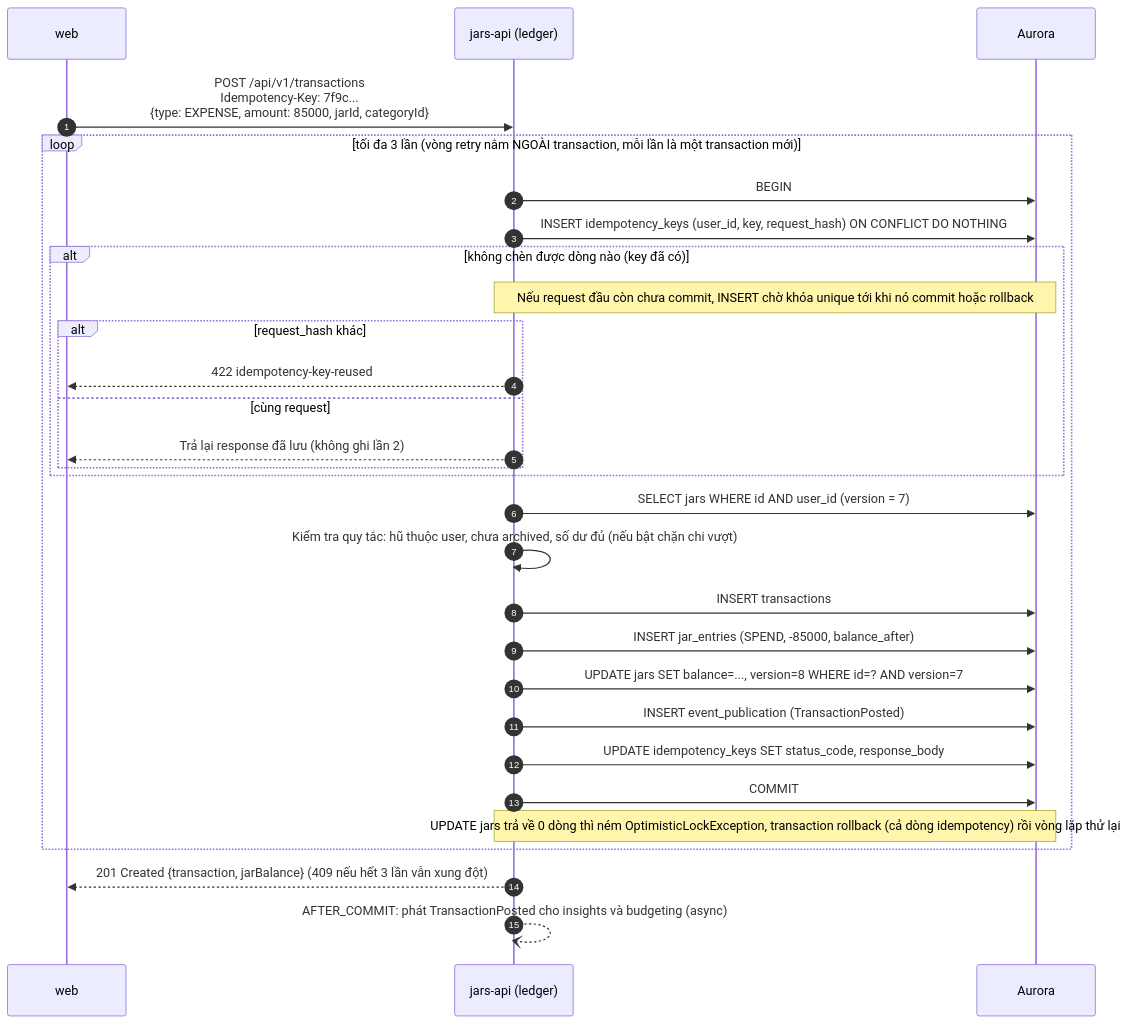
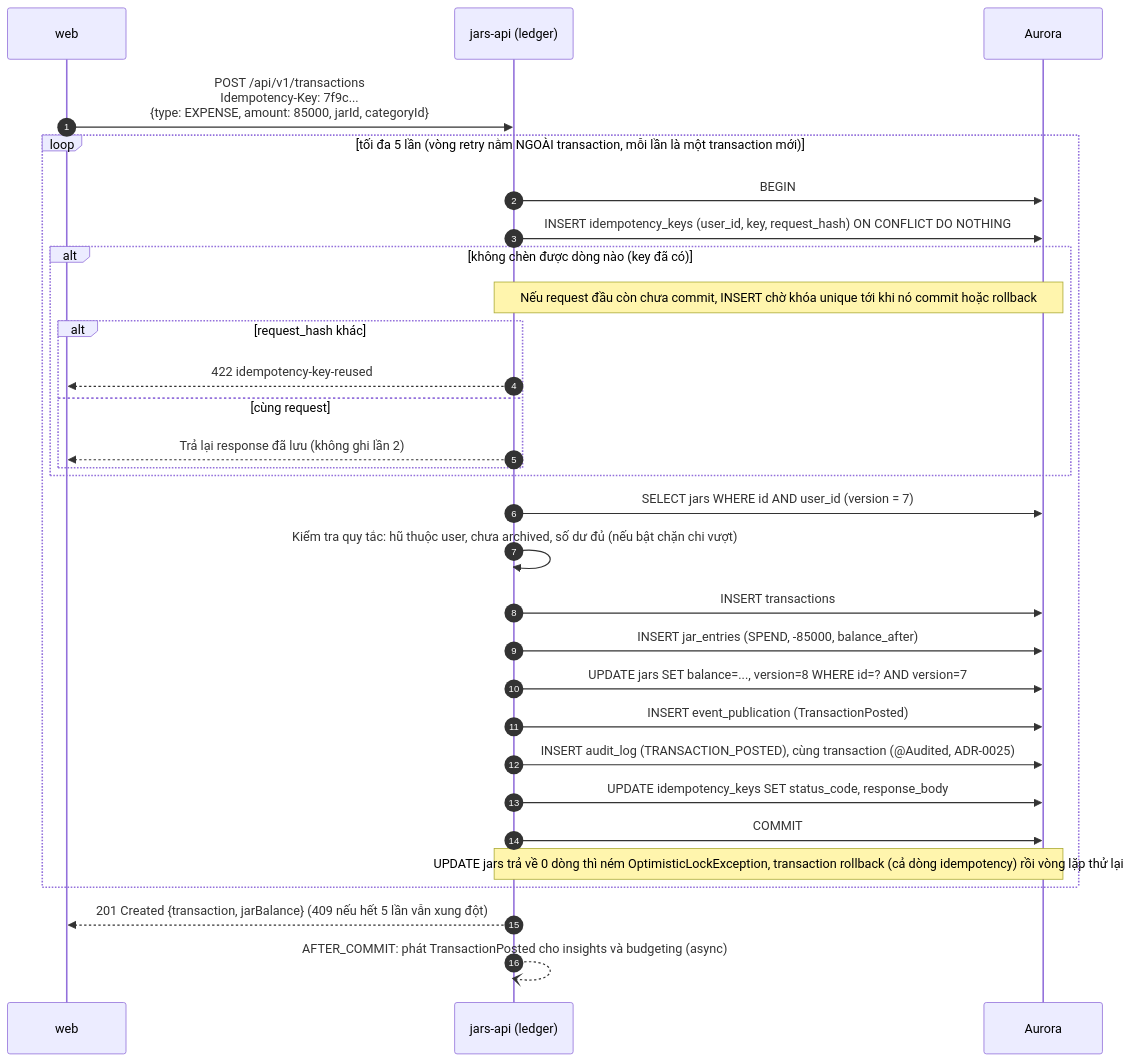
The second of 10 diagrams in docs/02-architecture/flows.md (thphuc06/jar-platform), drawn with Mermaid before and after one commit. The commit also changed other lines of this file and 25 other files, not shown here.

Commit message:
docs: correct architecture, security, data-model and operations docs against the code

````diff
--- a/docs/02-architecture/flows.md
+++ b/docs/02-architecture/flows.md
@@ -63,32 +63,33 @@
 ```mermaid
 sequenceDiagram
     autonumber
     participant W as web
     participant API as jars-api (ledger)
     participant DB as Aurora
 
     W->>API: POST /api/v1/transactions<br/>Idempotency-Key: 7f9c...<br/>{type: EXPENSE, amount: 85000, jarId, categoryId}
-    loop tối đa 3 lần (vòng retry nằm NGOÀI transaction, mỗi lần là một transaction mới)
+    loop tối đa 5 lần (vòng retry nằm NGOÀI transaction, mỗi lần là một transaction mới)
         API->>DB: BEGIN
         API->>DB: INSERT idempotency_keys (user_id, key, request_hash) ON CONFLICT DO NOTHING
         alt không chèn được dòng nào (key đã có)
             Note over API,DB: Nếu request đầu còn chưa commit, INSERT chờ khóa unique tới khi nó commit hoặc rollback
             alt request_hash khác
                 API-->>W: 422 idempotency-key-reused
             else cùng request
                 API-->>W: Trả lại response đã lưu (không ghi lần 2)
             end
         end
         API->>DB: SELECT jars WHERE id AND user_id (version = 7)
         API->>API: Kiểm tra quy tắc: hũ thuộc user, chưa archived, số dư đủ (nếu bật chặn chi vượt)
         API->>DB: INSERT transactions
         API->>DB: INSERT jar_entries (SPEND, -85000, balance_after)
         API->>DB: UPDATE jars SET balance=..., version=8 WHERE id=? AND version=7
         API->>DB: INSERT event_publication (TransactionPosted)
+        API->>DB: INSERT audit_log (TRANSACTION_POSTED), cùng transaction (@Audited, ADR-0025)
         API->>DB: UPDATE idempotency_keys SET status_code, response_body
         API->>DB: COMMIT
         Note over API,DB: UPDATE jars trả về 0 dòng thì ném OptimisticLockException, transaction rollback (cả dòng idempotency) rồi vòng lặp thử lại
     end
-    API-->>W: 201 Created {transaction, jarBalance} (409 nếu hết 3 lần vẫn xung đột)
+    API-->>W: 201 Created {transaction, jarBalance} (409 nếu hết 5 lần vẫn xung đột)
     API--)API: AFTER_COMMIT: phát TransactionPosted cho insights và budgeting (async)
 ```
````
